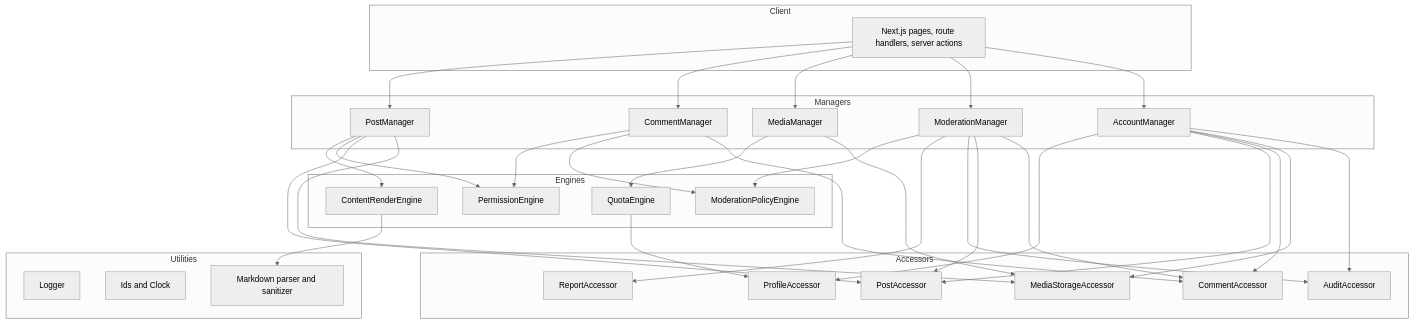
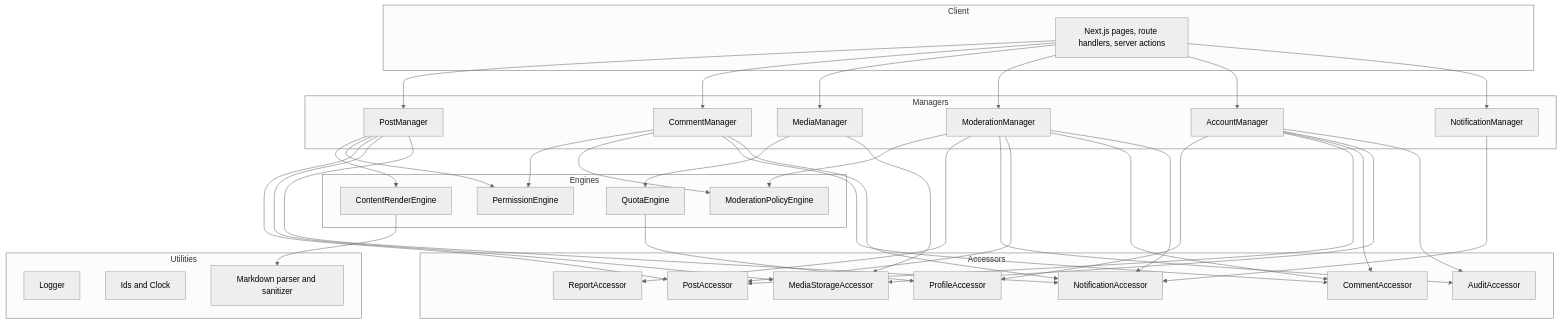
One commit to Wintaru/porchlight changed the first of 2 diagrams in PROPOSAL.md. Above: the diagram before and after it, drawn with Mermaid (neutral theme). The commit also changed other lines of this file and 1 other file, not shown here.

````diff
--- a/PROPOSAL.md
+++ b/PROPOSAL.md
@@ -75,45 +75,48 @@
 ```mermaid
 flowchart TD
   subgraph client[Client]
     web[Next.js pages, route handlers, server actions]
   end
 
   subgraph managers[Managers]
     postM[PostManager]
     commentM[CommentManager]
     mediaM[MediaManager]
     modM[ModerationManager]
     accountM[AccountManager]
+    notifyM[NotificationManager]
   end
 
   subgraph engines[Engines]
     render[ContentRenderEngine]
     perm[PermissionEngine]
     quota[QuotaEngine]
     policy[ModerationPolicyEngine]
   end
 
   subgraph accessors[Accessors]
     postA[PostAccessor]
     commentA[CommentAccessor]
     profileA[ProfileAccessor]
     mediaA[MediaStorageAccessor]
     reportA[ReportAccessor]
     auditA[AuditAccessor]
+    notifyA[NotificationAccessor]
   end
 
   subgraph utils[Utilities]
     log[Logger]
     ids[Ids and Clock]
     md[Markdown parser and sanitizer]
   end
 
-  web --> postM & commentM & mediaM & modM & accountM
-  postM --> render & perm & postA & mediaA
-  commentM --> perm & policy & commentA
+  web --> postM & commentM & mediaM & modM & accountM & notifyM
+  postM --> render & perm & postA & mediaA & notifyA
+  commentM --> perm & policy & commentA & notifyA
   mediaM --> quota & mediaA
-  modM --> policy & reportA & auditA & postA & commentA
+  modM --> policy & reportA & auditA & postA & commentA & notifyA
   accountM --> profileA & postA & commentA & mediaA & auditA
+  notifyM --> notifyA
   render --> md
   quota --> profileA
 ```
````
